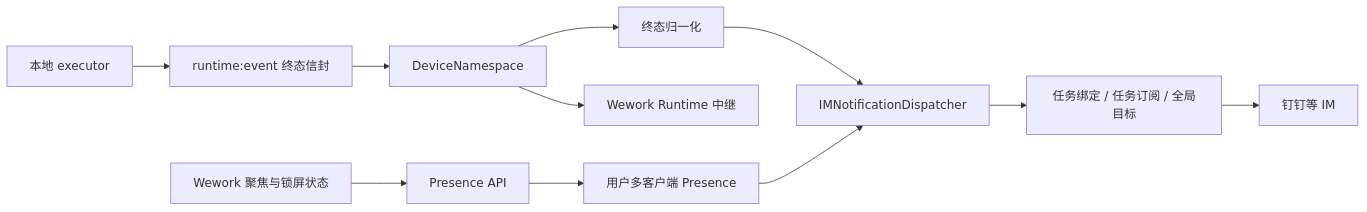
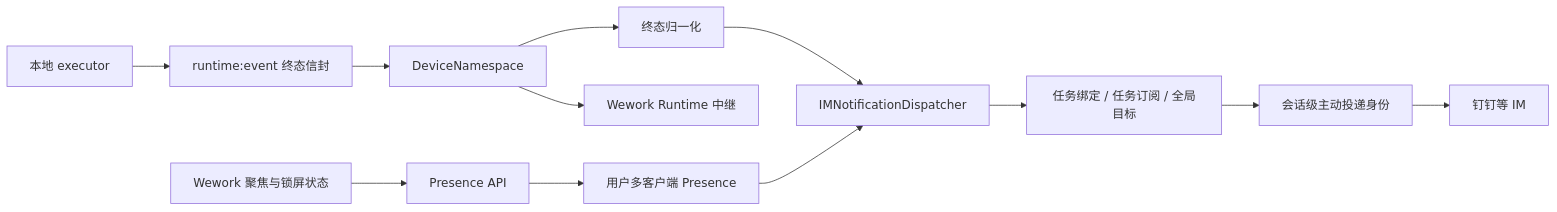
The first of 2 diagrams in docs/zh/architecture/runtime-im-notifications.md (wecode-ai/Wegent), drawn with Mermaid before and after one commit. The commit also changed other lines of this file and 10 other files, not shown here.

````diff
--- a/docs/zh/architecture/runtime-im-notifications.md
+++ b/docs/zh/architecture/runtime-im-notifications.md
@@ -9,13 +9,14 @@
 ```mermaid
 flowchart LR
     PRESENCE[Wework 聚焦与锁屏状态] --> API[Presence API]
     API --> REDIS[用户多客户端 Presence]
     EXEC[本地 executor] --> EVENT["runtime:event 终态信封"]
     EVENT --> DEVICE[DeviceNamespace]
     DEVICE --> WEWORK[Wework Runtime 中继]
     DEVICE --> NORMALIZE[终态归一化]
     NORMALIZE --> DISPATCH[IMNotificationDispatcher]
     REDIS --> DISPATCH
     DISPATCH --> TARGET[任务绑定 / 任务订阅 / 全局目标]
-    TARGET --> IM[钉钉等 IM]
+    TARGET --> RECIPIENT[会话级主动投递身份]
+    RECIPIENT --> IM[钉钉等 IM]
 ```
````
